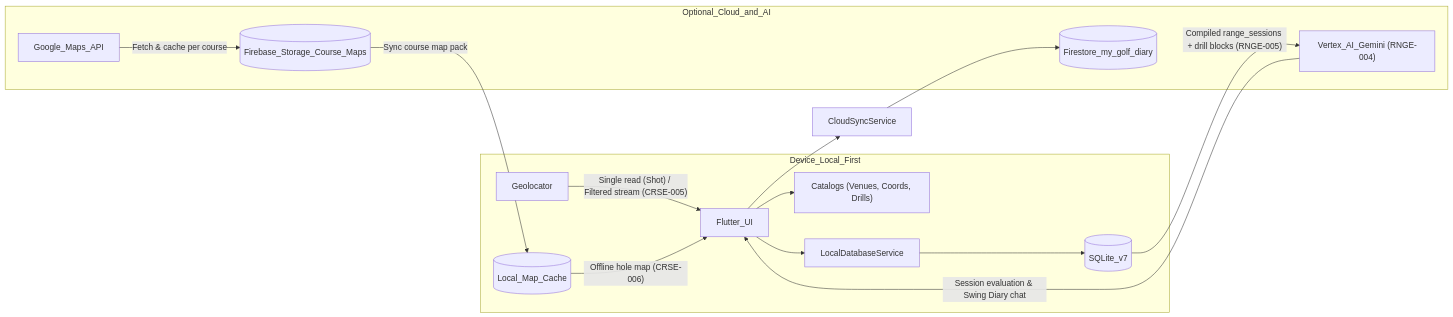
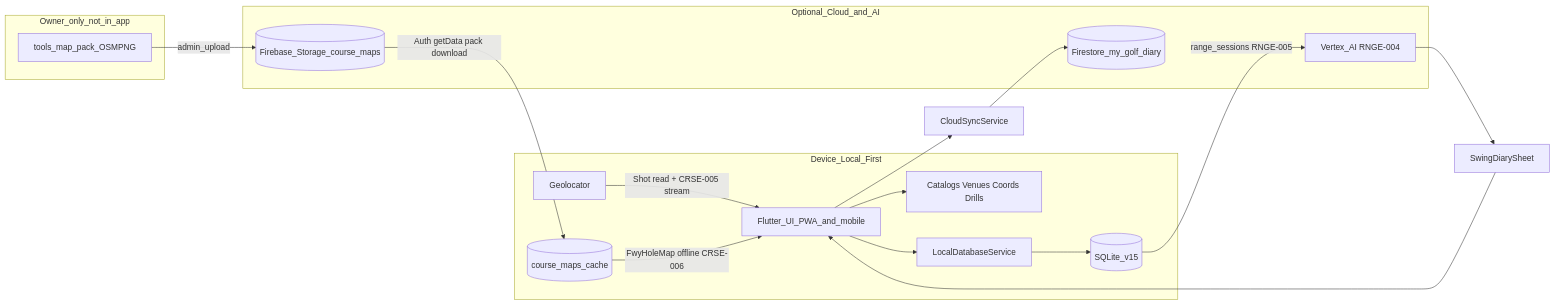
Before and after one commit to ograva/My-Golf-Diary: the first of 4 diagrams in docs/context/Architecture.md, drawn with Mermaid. The commit also changed other lines of this file, not shown here.

First line of the commit message:
docs(Architecture): v1.16 align with PRD v1.9 shipped features (#75)

````diff
--- a/docs/context/Architecture.md
+++ b/docs/context/Architecture.md
@@ -21,28 +19,31 @@
 ```mermaid
 flowchart LR
   subgraph device [Device_Local_First]
-    UI[Flutter_UI]
-    CAT["Catalogs (Venues, Coords, Drills)"]
+    UI[Flutter_UI_PWA_and_mobile]
+    CAT["Catalogs Venues Coords Drills"]
     LDS[LocalDatabaseService]
-    DB[(SQLite_v7)]
-    CACHE[(Local_Map_Cache)]
+    DB[(SQLite_v15)]
+    PACK[(course_maps_cache)]
     GPS[Geolocator]
     UI --> CAT
     UI --> LDS
     LDS --> DB
-    GPS -->|"Single read (Shot) / Filtered stream (CRSE-005)"| UI
-    CACHE -->|"Offline hole map (CRSE-006)"| UI
+    GPS -->|"Shot read + CRSE-005 stream"| UI
+    PACK -->|"FwyHoleMap offline CRSE-006"| UI
+  end
+  subgraph build [Owner_only_not_in_app]
+    MP[tools_map_pack_OSMPNG]
   end
   subgraph cloud [Optional_Cloud_and_AI]
     FS[(Firestore_my_golf_diary)]
-    FST[(Firebase_Storage_Course_Maps)]
-    GMAPS[Google_Maps_API]
-    GEMINI["Vertex_AI_Gemini (RNGE-004)"]
+    FST[(Firebase_Storage_course_maps)]
+    GEMINI["Vertex_AI RNGE-004"]
   end
+  MP -->|admin_upload| FST
   CS[CloudSyncService] --> FS
   UI --> CS
-  GMAPS -->|"Fetch & cache per course"| FST
-  FST -->|"Sync course map pack"| CACHE
-  DB -->|"Compiled range_sessions + drill blocks (RNGE-005)"| GEMINI
-  GEMINI -->|"Session evaluation & Swing Diary chat"| UI
+  FST -->|"Auth getData pack download"| PACK
+  DB -->|"range_sessions RNGE-005"| GEMINI
+  GEMINI --> SwingDiarySheet
+  SwingDiarySheet --> UI
 ```
````
